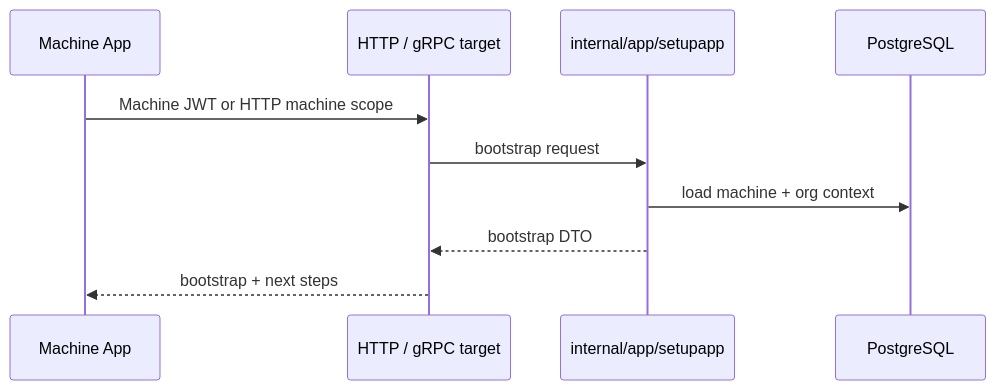
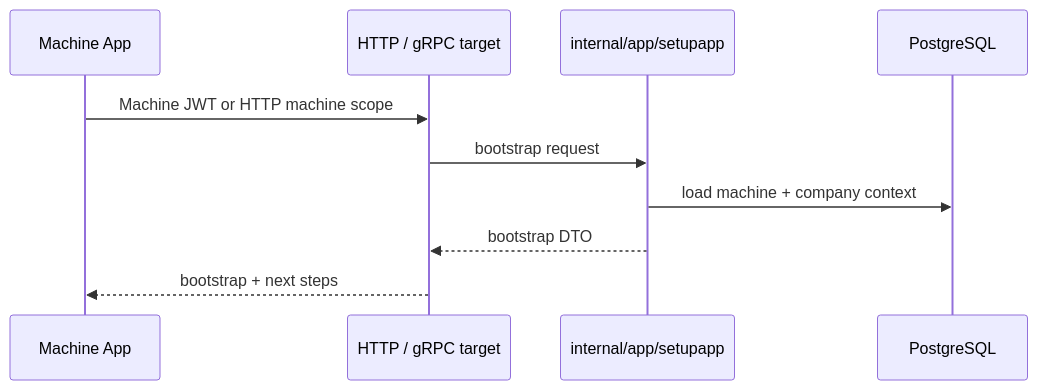
One commit to leduytuanvu/avf-vending-api changed the second of 6 diagrams in docs/architecture/transport-boundary.md. Above: the diagram before and after it, drawn with Mermaid. The commit also changed 686 other files, not shown here.

````diff
--- a/docs/architecture/transport-boundary.md
+++ b/docs/architecture/transport-boundary.md
@@ -172,13 +172,13 @@
 ```mermaid
 sequenceDiagram
   participant MA as Machine App
   participant API as HTTP / gRPC target
   participant APP as internal/app/setupapp
   participant PG as PostgreSQL
 
   MA->>API: Machine JWT or HTTP machine scope
   API->>APP: bootstrap request
-  APP->>PG: load machine + org context
+  APP->>PG: load machine + company context
   APP-->>API: bootstrap DTO
   API-->>MA: bootstrap + next steps
 ```
````
